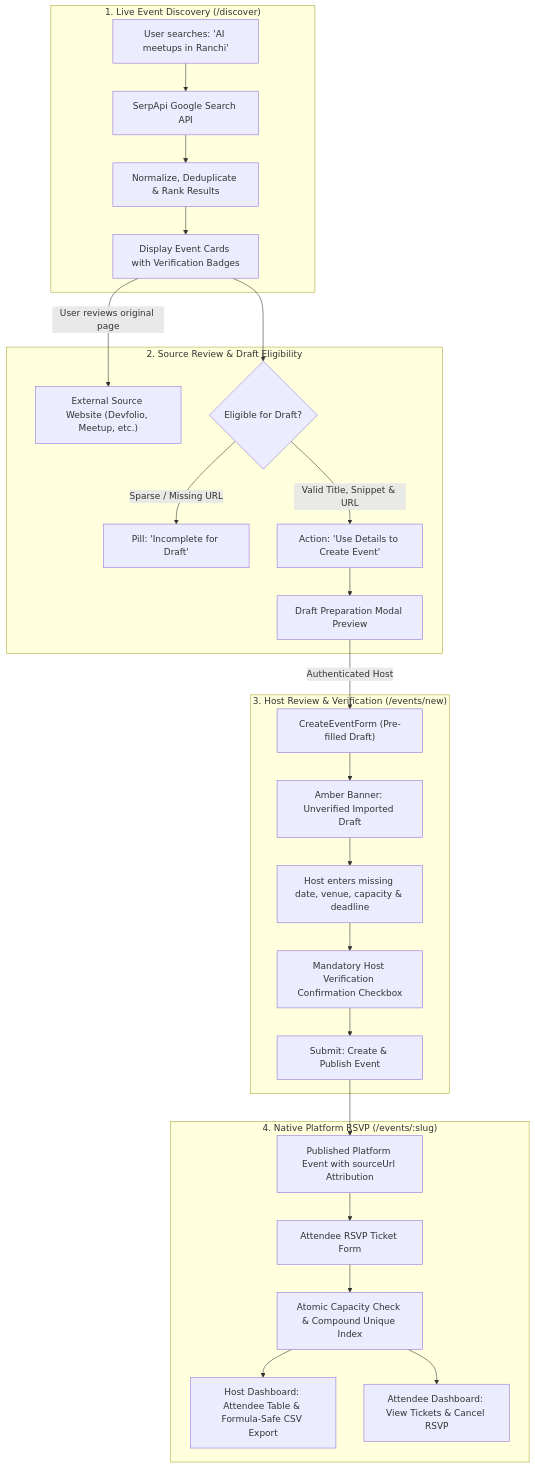
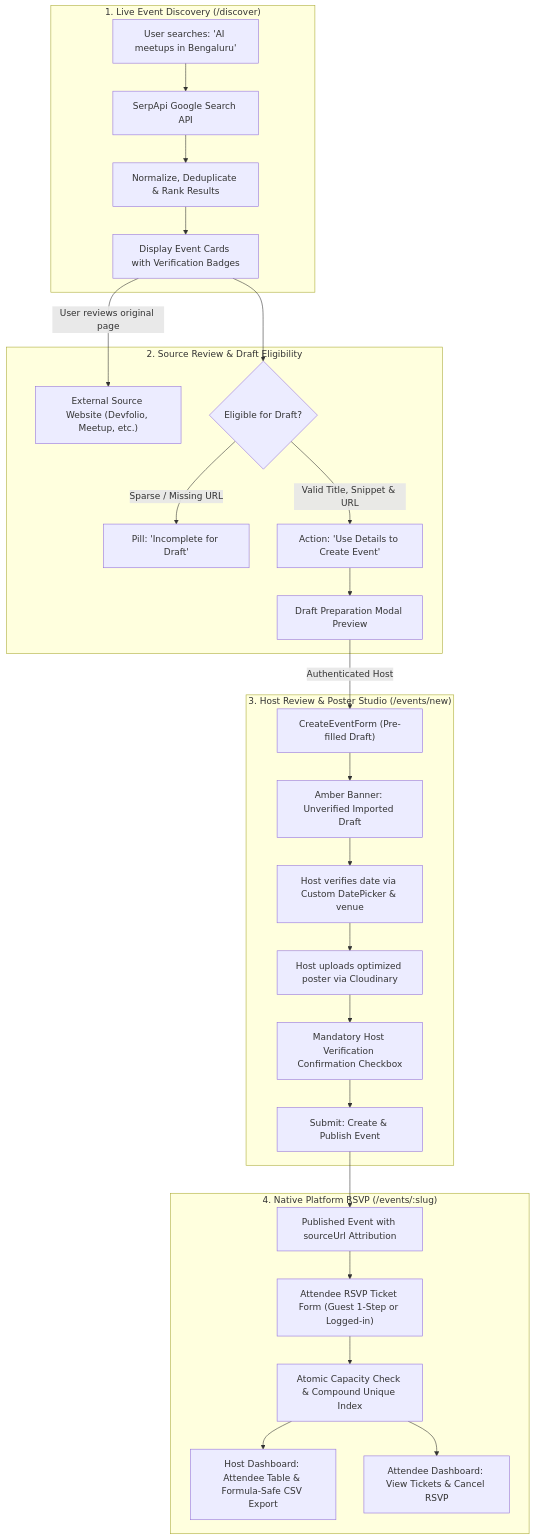
Before and after one commit to affanraza84/Event-Registration-and-Management-System: the second of 2 diagrams in README.md, drawn with Mermaid. The commit also changed other lines of this file and 3 other files, not shown here.

````diff
--- a/README.md
+++ b/README.md
@@ -61,32 +59,33 @@
 ```mermaid
 flowchart TD
     subgraph Discovery ["1. Live Event Discovery (/discover)"]
-        A["User searches: 'AI meetups in Ranchi'"] --> B["SerpApi Google Search API"]
+        A["User searches: 'AI meetups in Bengaluru'"] --> B["SerpApi Google Search API"]
         B --> C["Normalize, Deduplicate & Rank Results"]
         C --> D["Display Event Cards with Verification Badges"]
     end
 
     subgraph Evaluation ["2. Source Review & Draft Eligibility"]
         D -->|User reviews original page| E["External Source Website (Devfolio, Meetup, etc.)"]
         D --> F{"Eligible for Draft?"}
         F -->|Sparse / Missing URL| G["Pill: 'Incomplete for Draft'"]
         F -->|Valid Title, Snippet & URL| H["Action: 'Use Details to Create Event'"]
         H --> I["Draft Preparation Modal Preview"]
     end
 
-    subgraph HostReview ["3. Host Review & Verification (/events/new)"]
+    subgraph HostStudio ["3. Host Review & Poster Studio (/events/new)"]
         I -->|Authenticated Host| J["CreateEventForm (Pre-filled Draft)"]
         J --> K["Amber Banner: Unverified Imported Draft"]
-        K --> L["Host enters missing date, venue, capacity & deadline"]
-        L --> M["Mandatory Host Verification Confirmation Checkbox"]
-        M --> N["Submit: Create & Publish Event"]
+        K --> L["Host verifies date via Custom DatePicker & venue"]
+        L --> M["Host uploads optimized poster via Cloudinary"]
+        M --> N["Mandatory Host Verification Confirmation Checkbox"]
+        N --> O["Submit: Create & Publish Event"]
     end
 
     subgraph Registration ["4. Native Platform RSVP (/events/:slug)"]
-        N --> O["Published Platform Event with sourceUrl Attribution"]
-        O --> P["Attendee RSVP Ticket Form"]
-        P --> Q["Atomic Capacity Check & Compound Unique Index"]
-        Q --> R["Host Dashboard: Attendee Table & Formula-Safe CSV Export"]
-        Q --> S["Attendee Dashboard: View Tickets & Cancel RSVP"]
+        O --> P["Published Event with sourceUrl Attribution"]
+        P --> Q["Attendee RSVP Ticket Form (Guest 1-Step or Logged-in)"]
+        Q --> R["Atomic Capacity Check & Compound Unique Index"]
+        R --> S["Host Dashboard: Attendee Table & Formula-Safe CSV Export"]
+        R --> T["Attendee Dashboard: View Tickets & Cancel RSVP"]
     end
 ```
````
